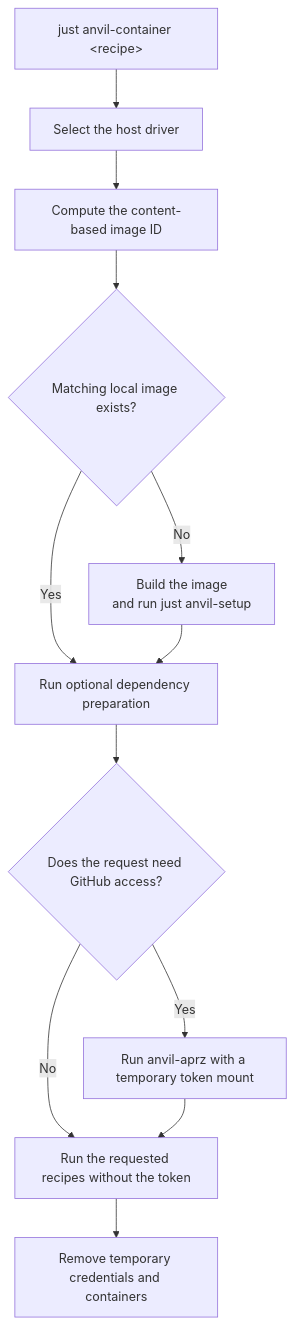
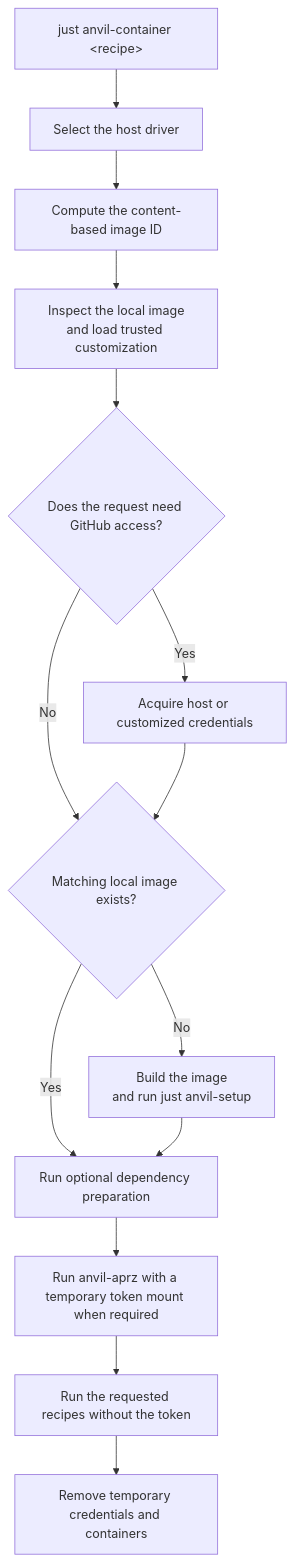
Before and after one commit to microsoft/ox-tools: the first of 2 diagrams in crates/cargo-anvil/docs/design/containers.md, drawn with Mermaid. The commit also changed other lines of this file and 16 other files, not shown here.

````diff
--- a/crates/cargo-anvil/docs/design/containers.md
+++ b/crates/cargo-anvil/docs/design/containers.md
@@ -86,14 +86,16 @@
 ```mermaid
 flowchart TD
     user["just anvil-container &lt;recipe&gt;"] --> dispatch["Select the host driver"]
     dispatch --> identity["Compute the content-based image ID"]
-    identity --> exists{"Matching local image exists?"}
+    identity --> customize["Inspect the local image<br/>and load trusted customization"]
+    customize --> github{"Does the request need GitHub access?"}
+    github -- Yes --> auth["Acquire host or customized credentials"]
+    github -- No --> exists
+    auth --> exists{"Matching local image exists?"}
     exists -- No --> build["Build the image<br/>and run just anvil-setup"]
     exists -- Yes --> prepare
     build --> prepare["Run optional dependency preparation"]
-    prepare --> github{"Does the request need GitHub access?"}
-    github -- Yes --> aprz["Run anvil-aprz with a temporary token mount"]
-    github -- No --> checks
+    prepare --> aprz["Run anvil-aprz with a temporary token mount when required"]
     aprz --> checks["Run the requested recipes without the token"]
     checks --> cleanup["Remove temporary credentials and containers"]
 ```
````
